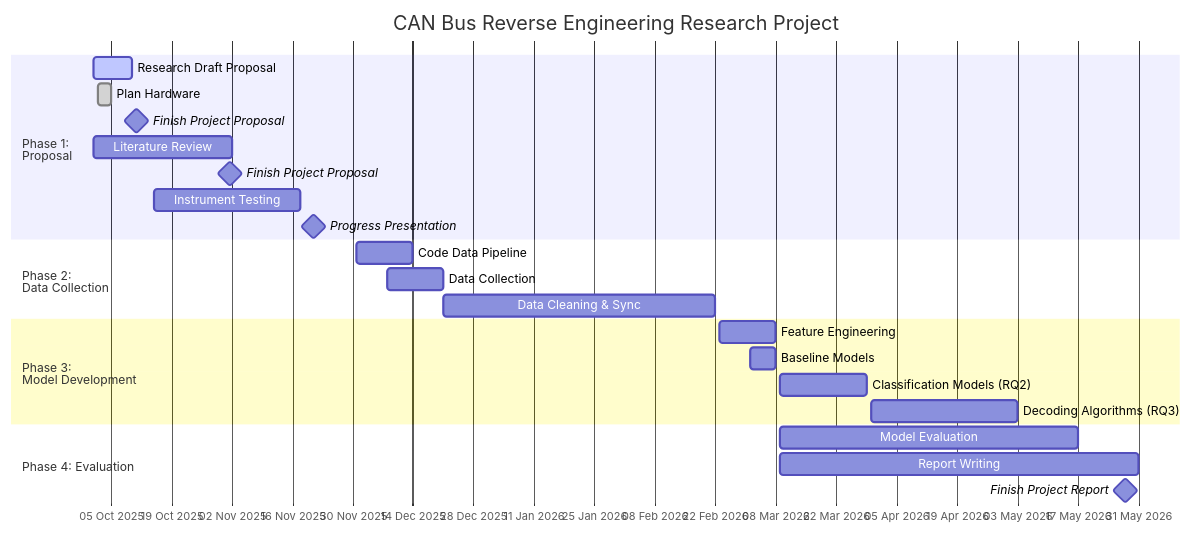
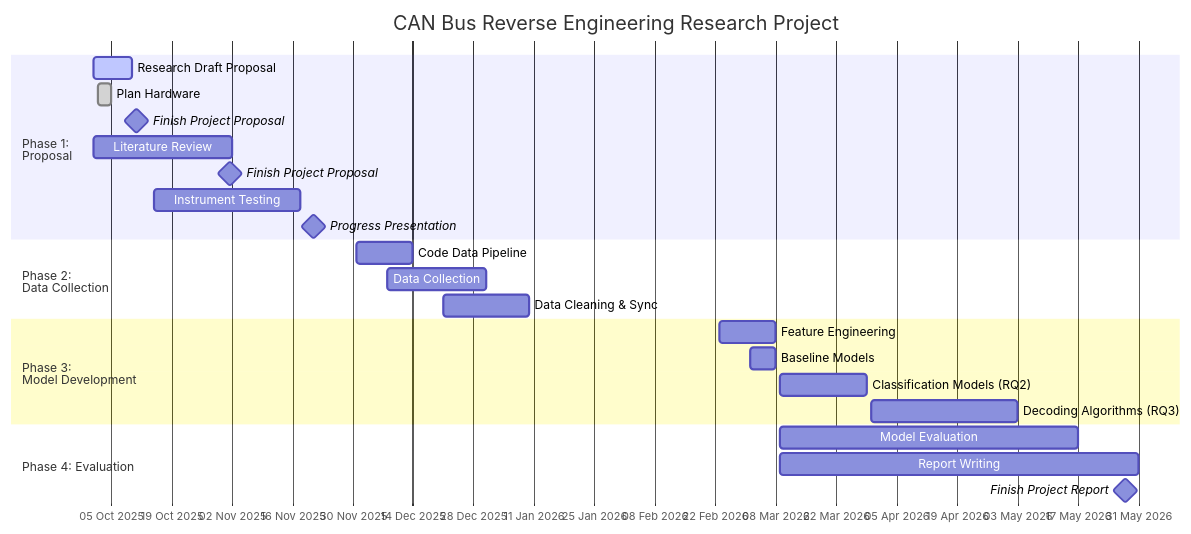
The diagram in README.md (CraigAA/CAN_Reverse_Engineering_Project), drawn with Mermaid before and after one commit.

````diff
--- a/README.md
+++ b/README.md
@@ -2,31 +2,31 @@
 ```mermaid
 gantt
     title CAN Bus Reverse Engineering Research Project
     dateFormat  YYYY-MM-DD
     axisFormat  %d %b %Y
     tickInterval 2week
     section Phase 1:<br>Proposal
     Research Draft Proposal     :active, rp, 2025-10-01, 2025-10-10
     Plan Hardware               :done, oh, 2025-10-02, 2025-10-05
     Finish Project Proposal     :milestone, frp, 2025-10-10, 2025-10-12
     Literature Review           :lr, 2025-10-01, 2025-11-02
     Finish Project Proposal     :milestone, frp, 2025-11-01, 2025-11-02
     Instrument Testing          :it, 2025-10-15, 2025-11-18
     Progress Presentation       :milestone, pp, 2025-11-19, 2025-11-23
 
     section Phase 2:<br>Data Collection
     Code Data Pipeline          :dp, 2025-12-01, 2025-12-14
-    Data Collection             :dc, 2025-12-08, 2025-12-21
-    Data Cleaning & Sync        :dc, 2025-12-21, 2026-02-22
+    Data Collection             :dc, 2025-12-08, 2025-12-31
+    Data Cleaning & Sync        :dc, 2025-12-21, 2026-01-10
 
     section Phase 3:<br>Model Development
     Feature Engineering         :fe, 2026-02-23, 2026-03-08
     Baseline Models             :bm, 2026-03-02, 2026-03-08
     Classification Models (RQ2) :cm, 2026-03-09, 2026-03-29
     Decoding Algorithms (RQ3)   :da, 2026-03-30, 2026-05-03
 
     section Phase 4: Evaluation
     Model Evaluation            :ce, 2026-03-09, 2026-05-17
     Report Writing              :wr, 2026-03-09, 2026-05-31
     Finish Project Report       :milestone, fta, 2026-05-25, 2026-05-31
 ```
````
